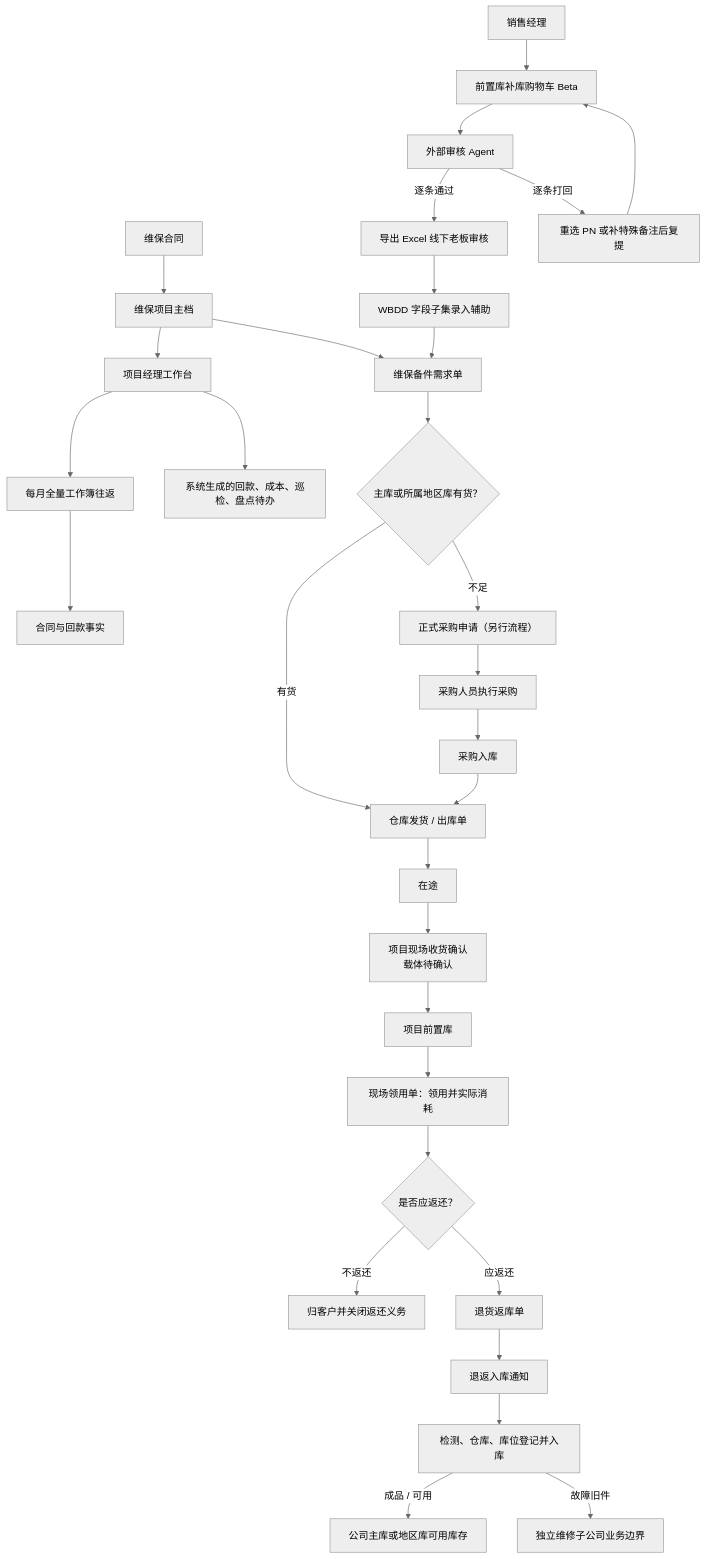
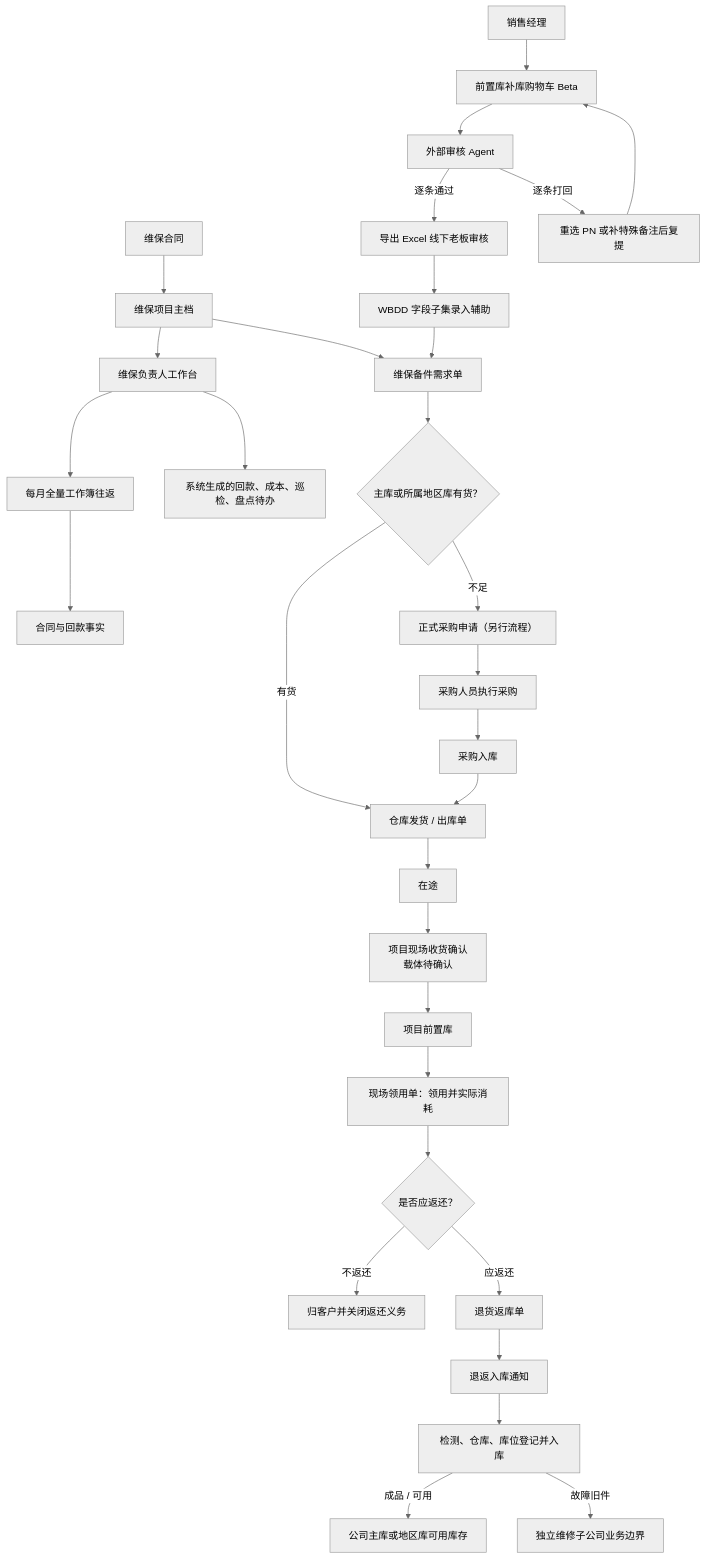
Before and after one commit to Jinchen-Yang/it-spareparts: the first of 2 diagrams in docs/maintenance/business-handbook.md, drawn with Mermaid (neutral theme). The commit also changed other lines of this file and 2 other files, not shown here.

````diff
--- a/docs/maintenance/business-handbook.md
+++ b/docs/maintenance/business-handbook.md
@@ -30,33 +30,33 @@
 ```mermaid
 flowchart TD
     CONTRACT["维保合同"] --> PROJECT["维保项目主档"]
-    PROJECT --> PM["项目经理工作台"]
+    PROJECT --> PM["维保负责人工作台"]
     PM --> BOOK["每月全量工作簿往返"]
     BOOK --> COLLECTION["合同与回款事实"]
     PM --> TODO["系统生成的回款、成本、巡检、盘点待办"]
     SALES["销售经理"] --> CART["前置库补库购物车 Beta"]
     CART --> AGENT["外部审核 Agent"]
     AGENT -->|逐条通过| OFFLINE["导出 Excel 线下老板审核"]
     AGENT -->|逐条打回| REVISE["重选 PN 或补特殊备注后复提"]
     REVISE --> CART
     OFFLINE --> HELP["WBDD 字段子集录入辅助"]
     HELP --> DEMAND
     PROJECT --> DEMAND["维保备件需求单"]
     DEMAND --> CHECK{"主库或所属地区库有货？"}
     CHECK -->|有货| OUT["仓库发货 / 出库单"]
     CHECK -->|不足| APPLY["正式采购申请（另行流程）"]
     APPLY --> PO["采购人员执行采购"]
     PO --> PIN["采购入库"]
     PIN --> OUT
     OUT --> TRANSIT["在途"]
     TRANSIT --> RECEIVE["项目现场收货确认\n载体待确认"]
     RECEIVE --> FRONT["项目前置库"]
     FRONT --> USE["现场领用单：领用并实际消耗"]
     USE --> DUTY{"是否应返还？"}
     DUTY -->|不返还| CUSTOMER["归客户并关闭返还义务"]
     DUTY -->|应返还| RETURN["退货返库单"]
     RETURN --> NOTICE["退返入库通知"]
     NOTICE --> RIN["检测、仓库、库位登记并入库"]
     RIN -->|成品 / 可用| AVAILABLE["公司主库或地区库可用库存"]
     RIN -->|故障旧件| REPAIR["独立维修子公司业务边界"]
 ```
````
